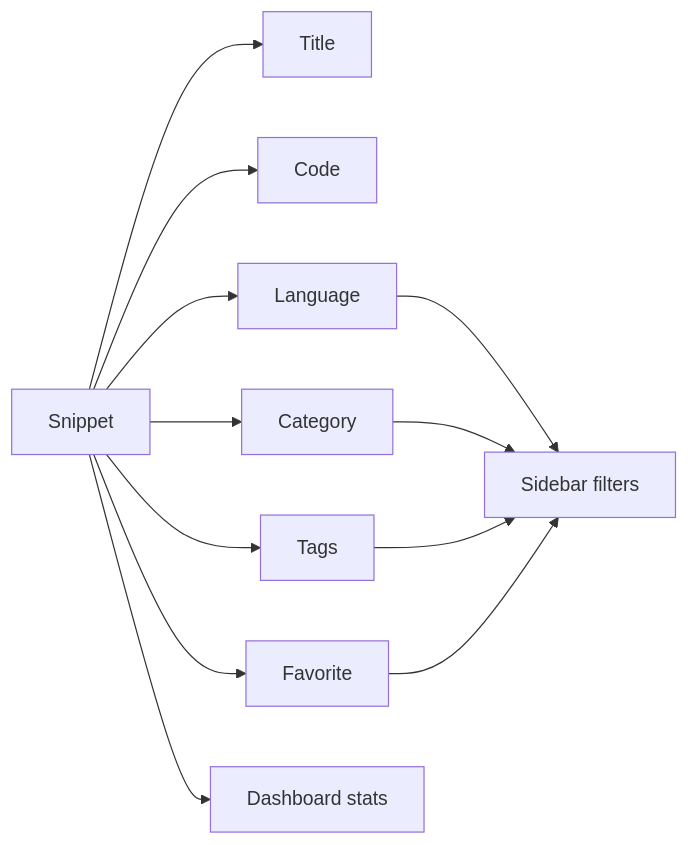
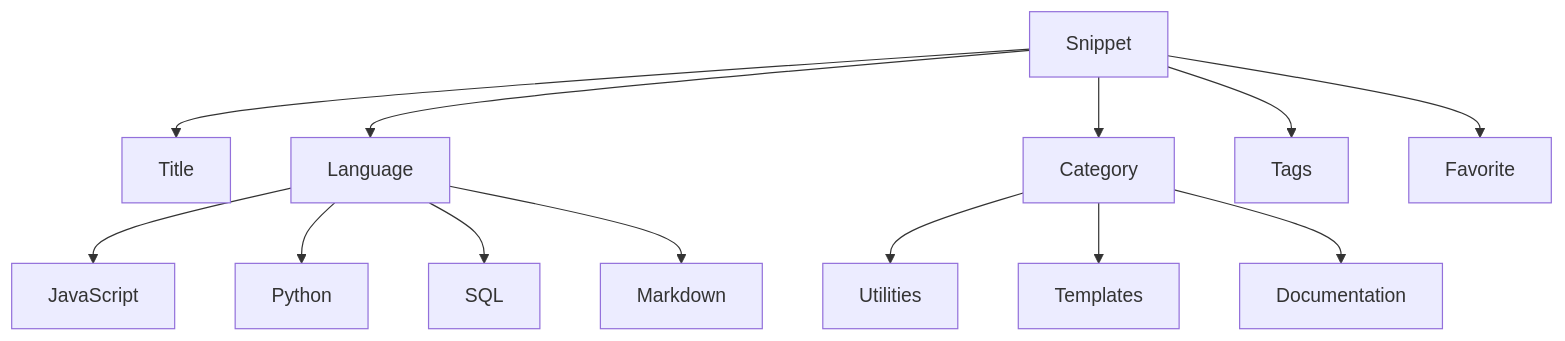
Before and after one commit to Mohita111/API2: the diagram in api2-documentation/plan_2026-11-02_f8890e/user-facing-docs/key-concepts-and-terminology.md, drawn with Mermaid. The commit also changed other lines of this file and 11 other files, not shown here.

````diff
--- a/api2-documentation/plan_2026-11-02_f8890e/user-facing-docs/key-concepts-and-terminology.md
+++ b/api2-documentation/plan_2026-11-02_f8890e/user-facing-docs/key-concepts-and-terminology.md
@@ -80,14 +9,15 @@
 ```mermaid
-graph LR
-    A[Snippet] --> B[Title]
-    A --> C[Code]
-    A --> D[Language]
-    A --> E[Category]
-    A --> F[Tags]
-    A --> G[Favorite]
-    A --> H[Dashboard stats]
-    D --> I[Sidebar filters]
-    E --> I
-    F --> I
-    G --> I
+graph TD
+    Snippet --> Title
+    Snippet --> Language
+    Snippet --> Category
+    Snippet --> Tags
+    Snippet --> Favorite
+    Language --> JavaScript
+    Language --> Python
+    Language --> SQL
+    Language --> Markdown
+    Category --> Utilities
+    Category --> Templates
+    Category --> Documentation
 ```
````
